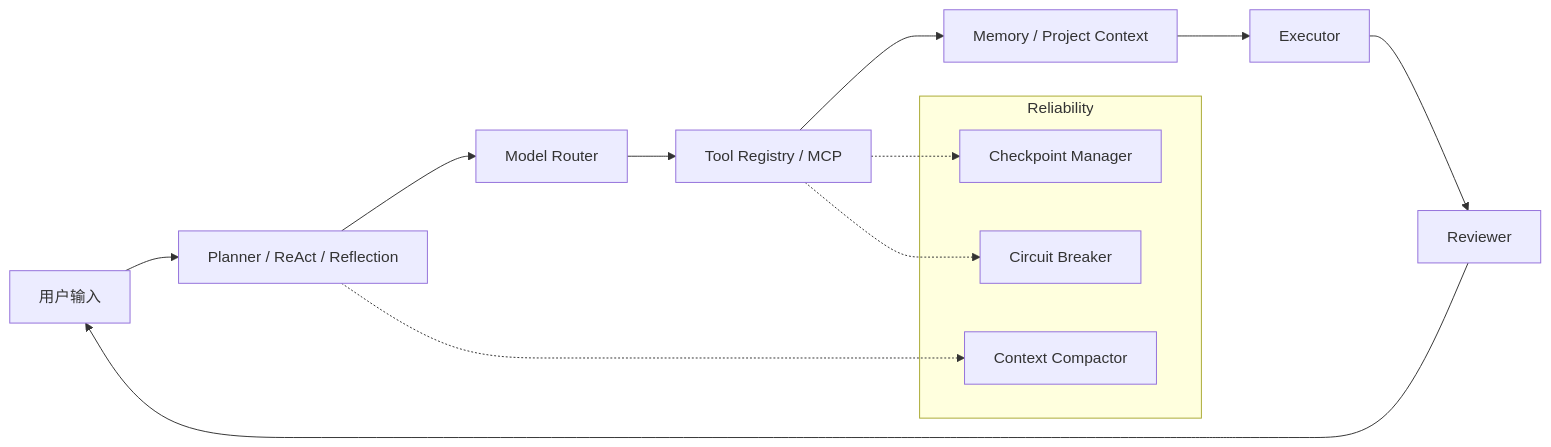
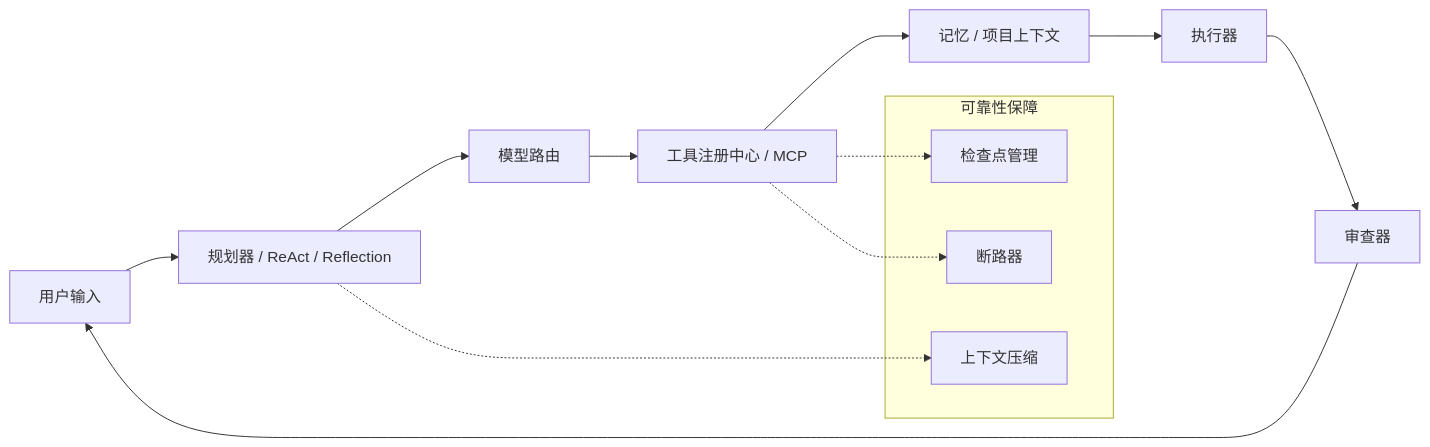
The diagram in README.md (xianyu-sheng/Omniagent), drawn with Mermaid before and after one commit. The commit also changed other lines of this file, not shown here.

````diff
--- a/README.md
+++ b/README.md
@@ -58,20 +60,20 @@
 ```mermaid
 flowchart LR
-    User["用户输入"] --> Planner["Planner / ReAct / Reflection"]
-    Planner --> Router["Model Router"]
-    Router --> Tools["Tool Registry / MCP"]
-    Tools --> Memory["Memory / Project Context"]
-    Memory --> Executor["Executor"]
-    Executor --> Reviewer["Reviewer"]
+    User["用户输入"] --> Planner["规划器 / ReAct / Reflection"]
+    Planner --> Router["模型路由"]
+    Router --> Tools["工具注册中心 / MCP"]
+    Tools --> Memory["记忆 / 项目上下文"]
+    Memory --> Executor["执行器"]
+    Executor --> Reviewer["审查器"]
     Reviewer --> User
 
-    subgraph Reliability
-        Checkpoint["Checkpoint Manager"]
-        Breaker["Circuit Breaker"]
-        Compactor["Context Compactor"]
+    subgraph 可靠性保障
+        Checkpoint["检查点管理"]
+        Breaker["断路器"]
+        Compactor["上下文压缩"]
     end
 
     Tools -.-> Checkpoint
     Tools -.-> Breaker
     Planner -.-> Compactor
 ```
````
